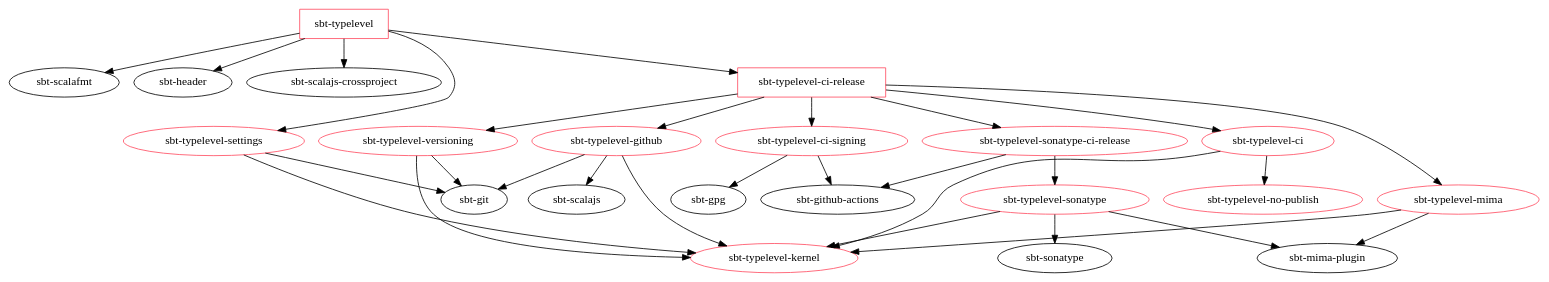
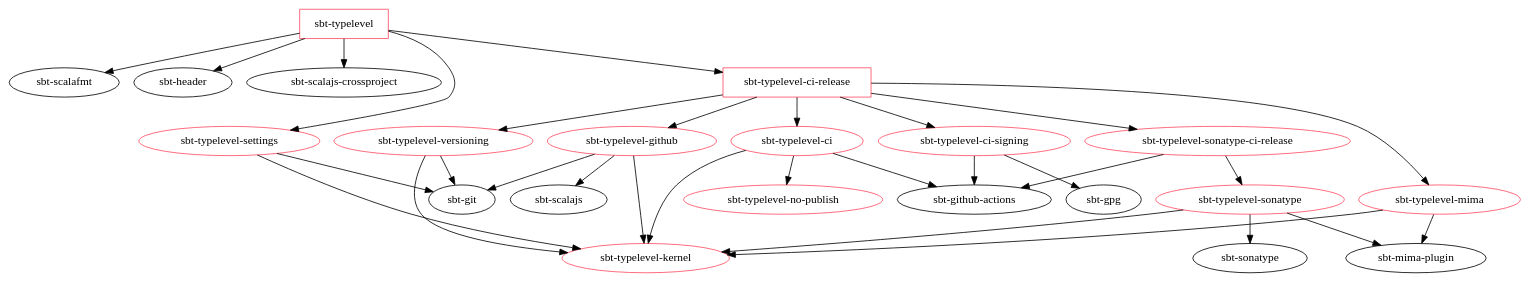
One commit to typelevel/sbt-typelevel changed the diagram in docs/plugins.dot. Above: the diagram before and after it, drawn with Graphviz. The commit also changed 1 other file, not shown here.

```diff
--- a/docs/plugins.dot
+++ b/docs/plugins.dot
@@ -1,69 +1,70 @@
 digraph {
 
   fmt[label="sbt-scalafmt"]
   gha[label="sbt-github-actions"]
   git[label="sbt-git"]
   gpg[label="sbt-gpg"]
   header[label="sbt-header"]
   mima[label="sbt-mima-plugin"]
   sonatype[label="sbt-sonatype"]
   sjs[label="sbt-scalajs"]
   sjscp[label="sbt-scalajs-crossproject"]
 
   node[color="#FF4C61"];
 
   tlkernel[label="sbt-typelevel-kernel"];
 
   tlnopub[label="sbt-typelevel-no-publish"];
 
   tlsettings[label="sbt-typelevel-settings"];
   tlsettings -> tlkernel;
   tlsettings -> git;
 
   tlgithub[label="sbt-typelevel-github"];
   tlgithub -> tlkernel;
   tlgithub -> git;
   tlgithub -> sjs;
 
   tlversioning[label="sbt-typelevel-versioning"];
   tlversioning -> tlkernel;
   tlversioning -> git;
 
   tlmima[label="sbt-typelevel-mima"];
   tlmima -> tlkernel;
   tlmima -> mima;
 
   tlsonatype[label="sbt-typelevel-sonatype"];
   tlsonatype -> tlkernel;
   tlsonatype -> sonatype;
   tlsonatype -> mima;
 
   tlcisigning[label="sbt-typelevel-ci-signing"];
   tlcisigning -> gha;
   tlcisigning -> gpg;
 
   tlsonatypecirelease[label="sbt-typelevel-sonatype-ci-release"];
   tlsonatypecirelease -> tlsonatype;
   tlsonatypecirelease -> gha;
 
   tlci[label="sbt-typelevel-ci"];
   tlci -> tlkernel;
   tlci -> tlnopub;
+  tlci -> gha;
 
   node[shape="box"];
 
   tlcirelease[label="sbt-typelevel-ci-release"];
   tlcirelease -> tlci;
   tlcirelease -> tlgithub;
   tlcirelease -> tlversioning;
   tlcirelease -> tlmima;
   tlcirelease -> tlsonatypecirelease;
   tlcirelease -> tlcisigning;
 
   tl[label="sbt-typelevel"];
   tl -> tlsettings;
   tl -> tlcirelease;
   tl -> fmt;
   tl -> header;
   tl -> sjscp;
 }
```
